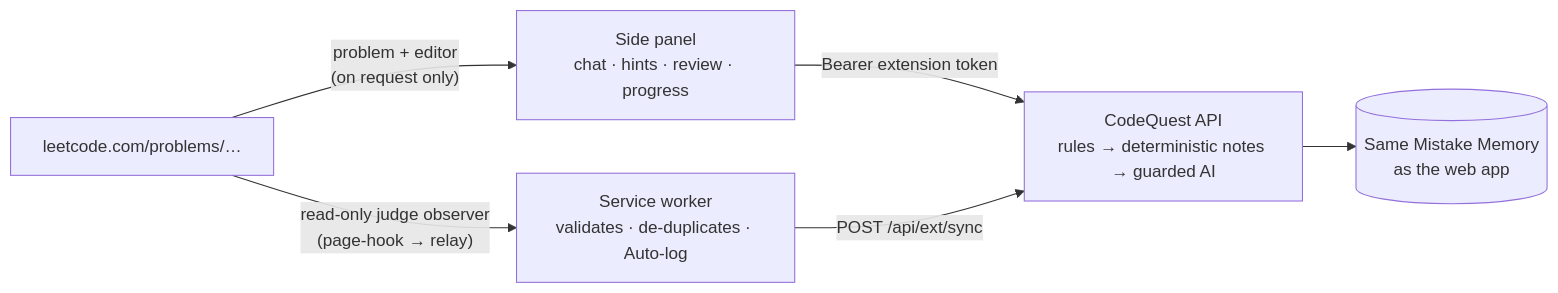
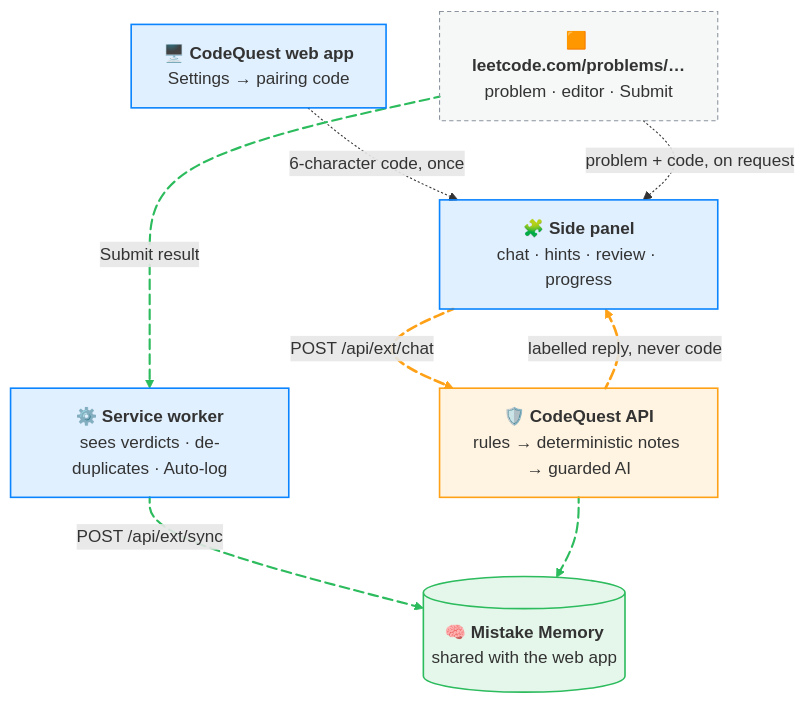
Before and after one commit to HarshalAndhale9657/CodeQuest-AI-AI-Coding-Mentor-Debugging-Missions: the second of 5 diagrams in README.md, drawn with Mermaid. The commit also changed other lines of this file, not shown here.

First line of the commit message:
docs(readme): animated, leveled architecture diagrams

````diff
--- a/README.md
+++ b/README.md
@@ -171,8 +197,37 @@
 ```mermaid
-flowchart LR
-    LC["leetcode.com/problems/…"] -- "read-only judge observer<br/>(page-hook → relay)" --> SW["Service worker<br/>validates · de-duplicates · Auto-log"]
-    LC -- "problem + editor<br/>(on request only)" --> P["Side panel<br/>chat · hints · review · progress"]
-    P -- "Bearer extension token" --> API["CodeQuest API<br/>rules → deterministic notes → guarded AI"]
-    SW -- "POST /api/ext/sync" --> API
-    API --> MM[("Same Mistake Memory<br/>as the web app")]
+flowchart TB
+    W["🖥️ <b>CodeQuest web app</b><br/>Settings → pairing code"]
+    LC["🟧 <b>leetcode.com/problems/…</b><br/>problem · editor · Submit"]
+    SW["⚙️ <b>Service worker</b><br/>sees verdicts · de-duplicates · Auto-log"]
+    P["🧩 <b>Side panel</b><br/>chat · hints · review · progress"]
+    API["🛡️ <b>CodeQuest API</b><br/>rules → deterministic notes → guarded AI"]
+    MM[("🧠 <b>Mistake Memory</b><br/>shared with the web app")]
+    W -.->|"6-character code, once"| P
+    LC m1@-->|"Submit result"| SW
+    LC -.->|"problem + code, on request"| P
+    P a1@==>|"POST /api/ext/chat"| API
+    API a2@==>|"labelled reply, never code"| P
+    SW m2@-->|"POST /api/ext/sync"| MM
+    API m3@--> MM
+    a1@{ animation: fast }
+    a2@{ animation: fast }
+    m1@{ animation: slow }
+    m2@{ animation: slow }
+    m3@{ animation: slow }
+    classDef zone fill:#8b949e0f,stroke:#8b949e66,stroke-width:1px,stroke-dasharray:6\,4
+    classDef client fill:#0a84ff1f,stroke:#0a84ff,stroke-width:1.5px
+    classDef core fill:#ffa1161f,stroke:#ffa116,stroke-width:1.5px
+    classDef learn fill:#2cbb5d1f,stroke:#2cbb5d,stroke-width:1.5px
+    classDef box fill:#ef47431a,stroke:#ef4743,stroke-width:1.5px
+    classDef ai fill:#bf5af21a,stroke:#bf5af2,stroke-width:1.5px,stroke-dasharray:5\,4
+    classDef ext fill:#8b949e14,stroke:#8b949e,stroke-width:1px,stroke-dasharray:4\,3
+    classDef hot stroke:#ffa116,stroke-width:2.5px
+    classDef mem stroke:#2cbb5d,stroke-width:2px
+    classDef cool stroke:#0a84ff,stroke-width:2px
+    class W,SW,P client
+    class LC ext
+    class API core
+    class MM learn
+    class a1,a2 hot
+    class m1,m2,m3 mem
 ```
````
